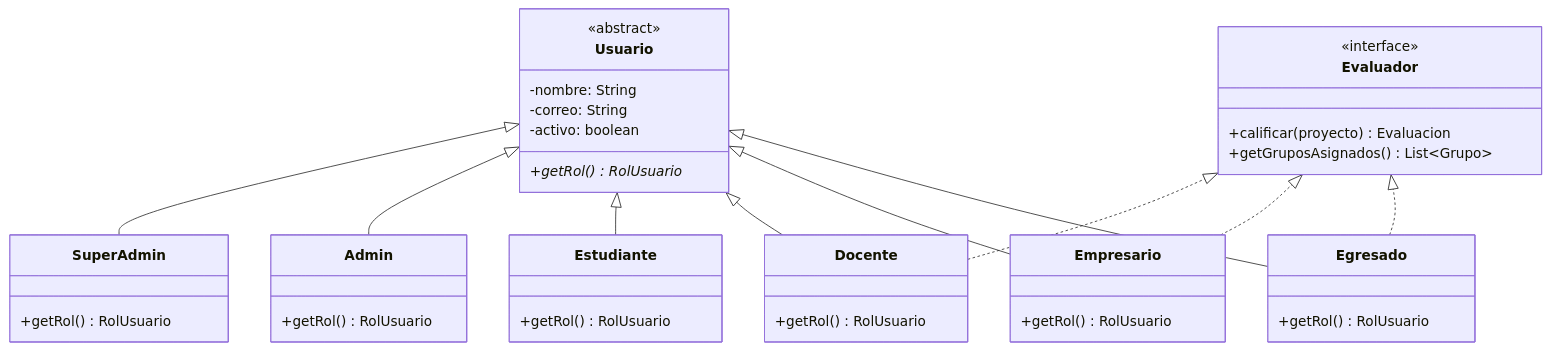
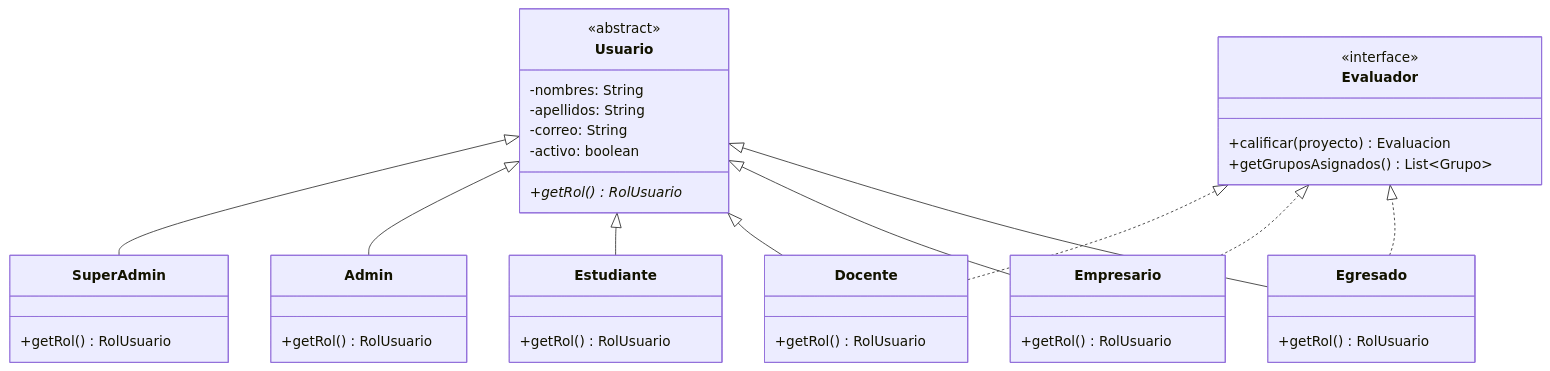
One commit to Oskarsito7/SIERAP changed the first of 6 diagrams in docs/diagramas/diagrama_jerarquias.md. Above: the diagram before and after it, drawn with Mermaid. The commit also changed other lines of this file and 6 other files, not shown here.

````diff
--- a/docs/diagramas/diagrama_jerarquias.md
+++ b/docs/diagramas/diagrama_jerarquias.md
@@ -14,32 +14,33 @@
 ```mermaid
 classDiagram
 direction BT
 class Usuario {
   <<abstract>>
-  -nombre: String
+  -nombres: String
+  -apellidos: String
   -correo: String
   -activo: boolean
   +getRol()* RolUsuario
 }
 class Evaluador {
   <<interface>>
   +calificar(proyecto) Evaluacion
   +getGruposAsignados() List~Grupo~
 }
 class SuperAdmin { +getRol() RolUsuario }
 class Admin { +getRol() RolUsuario }
 class Estudiante { +getRol() RolUsuario }
 class Docente { +getRol() RolUsuario }
 class Empresario { +getRol() RolUsuario }
 class Egresado { +getRol() RolUsuario }
 
 SuperAdmin --|> Usuario
 Admin --|> Usuario
 Estudiante --|> Usuario
 Docente --|> Usuario
 Empresario --|> Usuario
 Egresado --|> Usuario
 Docente ..|> Evaluador
 Empresario ..|> Evaluador
 Egresado ..|> Evaluador
 ```
````
